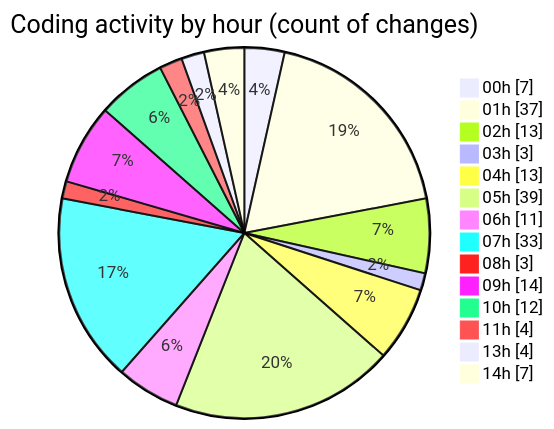
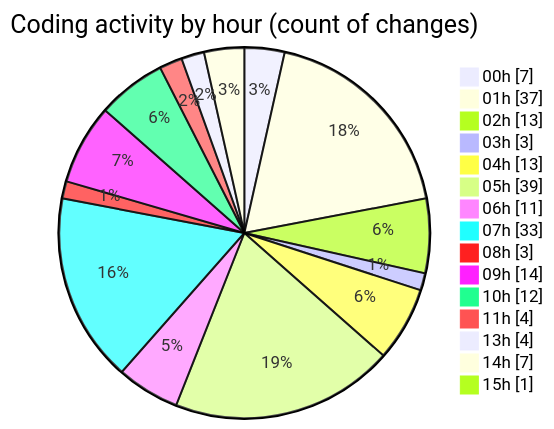
One commit to charlie-sans/code-tracking changed the second of 2 diagrams in 2025-02-23/micros/README.md. Above: the diagram before and after it, drawn with Mermaid. The commit also changed other lines of this file and 1 other file, not shown here.

````diff
--- a/2025-02-23/micros/README.md
+++ b/2025-02-23/micros/README.md
@@ -72,18 +73,19 @@
 ```mermaid
 pie showData
 title Coding activity by hour (count of changes)
 "00h" : 7
 "01h" : 37
 "02h" : 13
 "03h" : 3
 "04h" : 13
 "05h" : 39
 "06h" : 11
 "07h" : 33
 "08h" : 3
 "09h" : 14
 "10h" : 12
 "11h" : 4
 "13h" : 4
 "14h" : 7
+"15h" : 1
 ```
````
